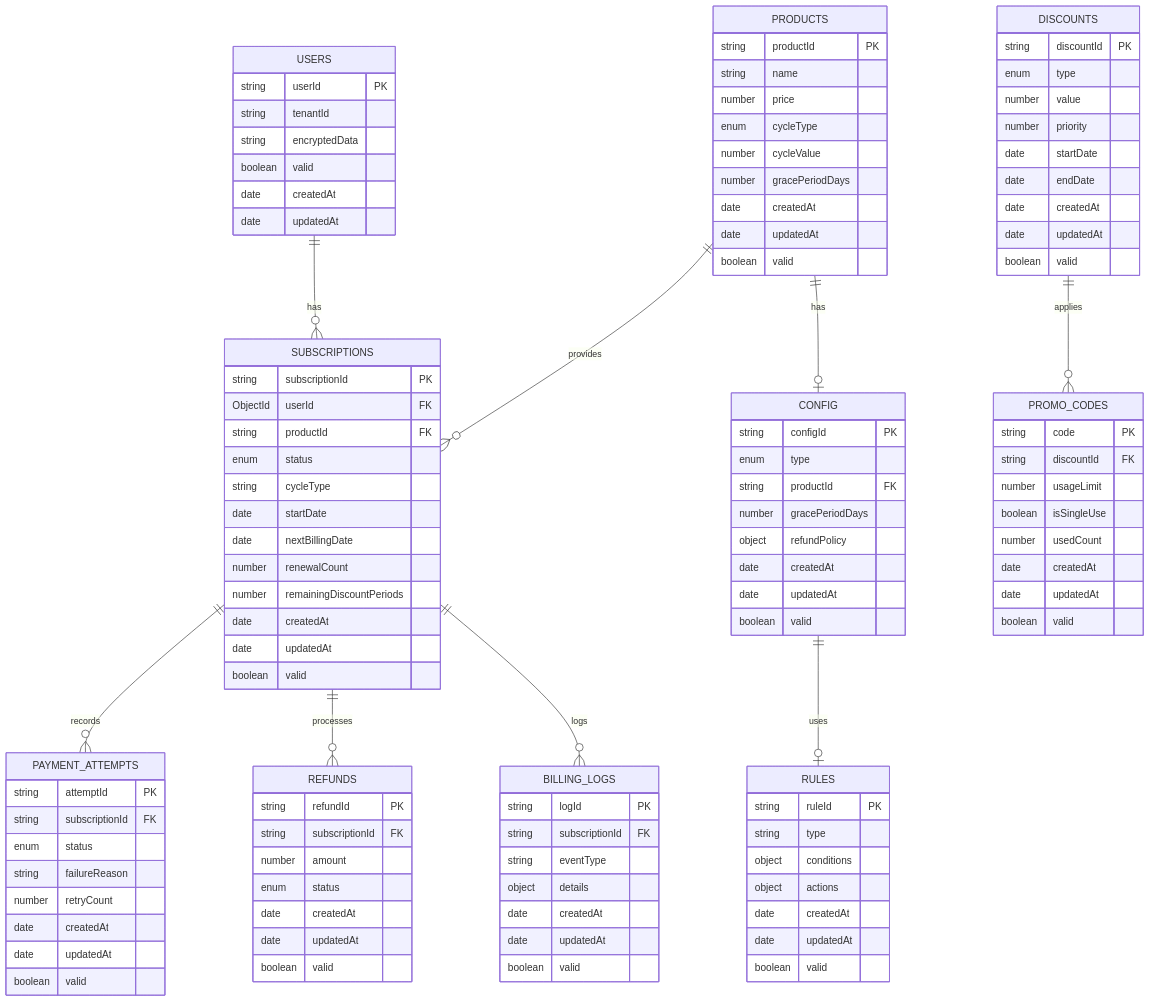
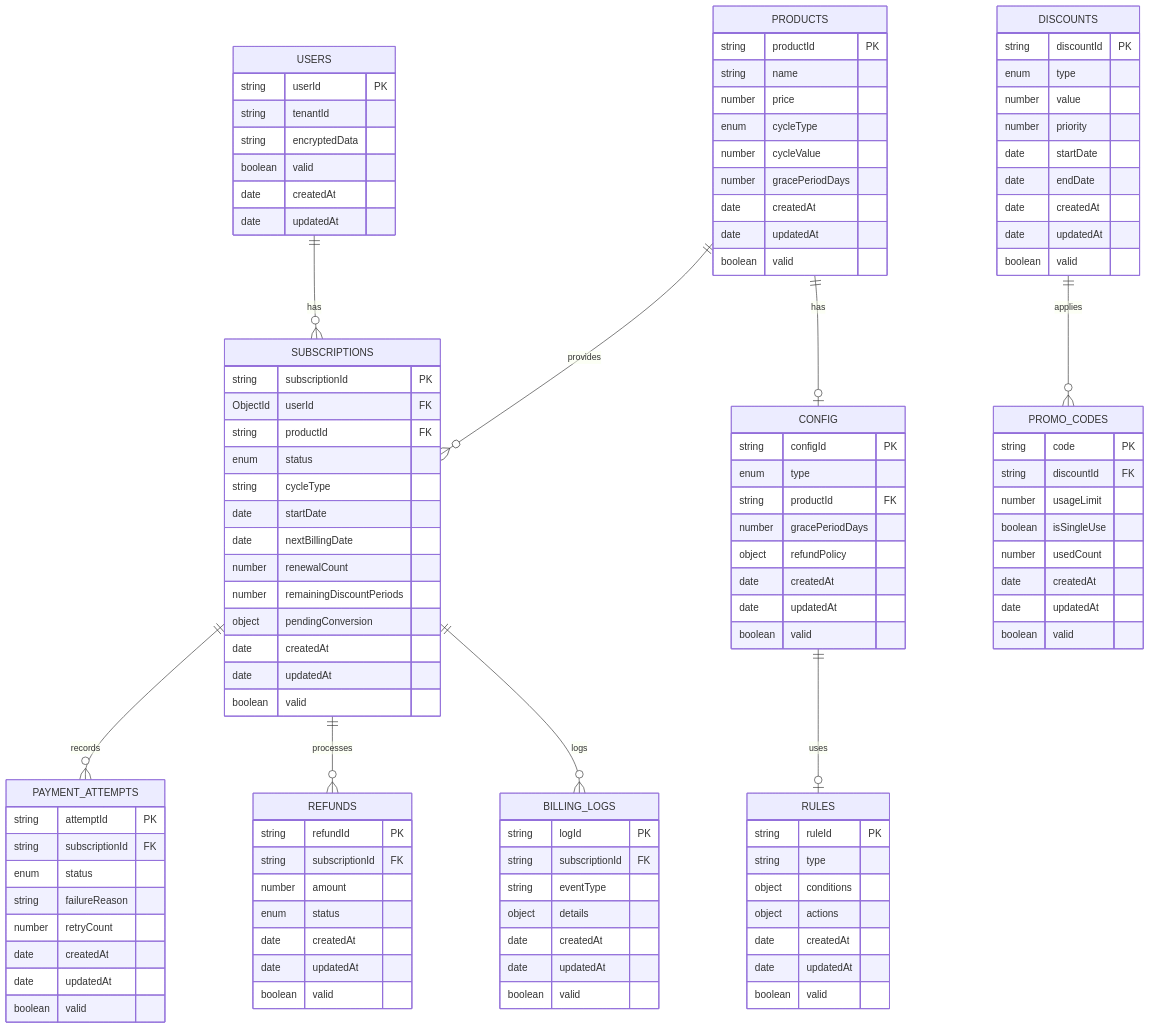
One commit to xxxhand/auto-billing-bot changed the second of 5 diagrams in docs/docs_0_7/billingBot_v0.7.1_system_design.markdown. Above: the diagram before and after it, drawn with Mermaid. The commit also changed other lines of this file and 6 other files, not shown here.

```diff
--- a/docs/docs_0_7/billingBot_v0.7.1_system_design.markdown
+++ b/docs/docs_0_7/billingBot_v0.7.1_system_design.markdown
@@ -233,6 +234,7 @@
         date nextBillingDate
         number renewalCount
         number remainingDiscountPeriods
+        object pendingConversion
         date createdAt
         date updatedAt
         boolean valid 
```
